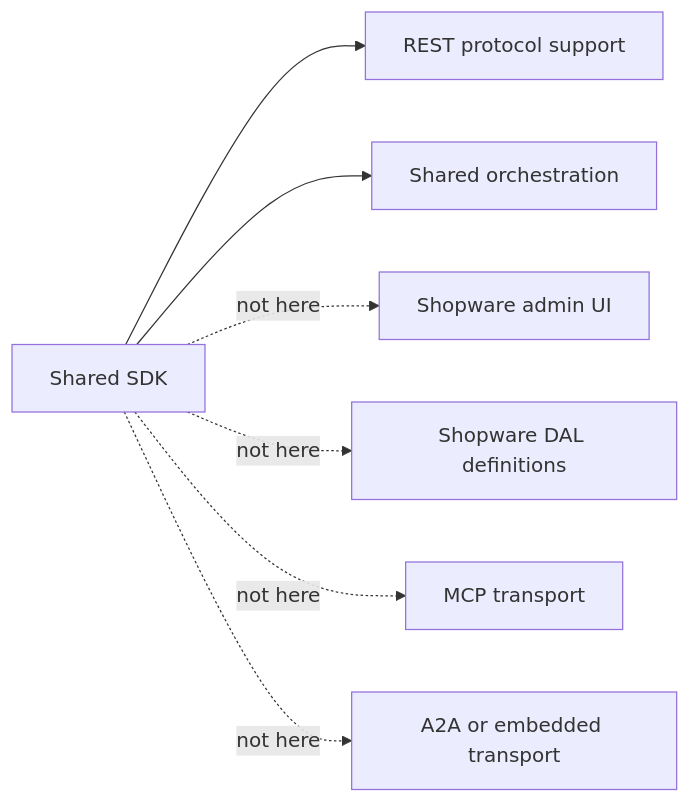
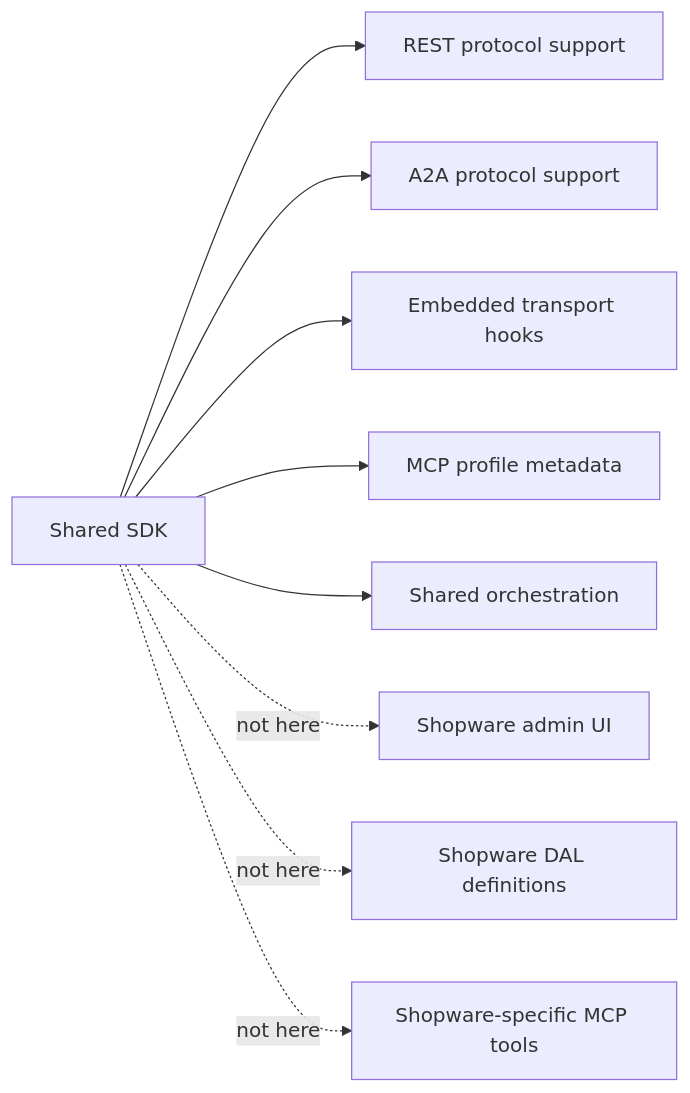
One commit to agentic-commerce-alliance/ucp-php-sdk changed the fifth of 5 diagrams in docs/concepts-and-flows.md. Above: the diagram before and after it, drawn with Mermaid. The commit also changed other lines of this file and 9 other files, not shown here.

````diff
--- a/docs/concepts-and-flows.md
+++ b/docs/concepts-and-flows.md
@@ -86,9 +86,11 @@
 ```mermaid
 flowchart LR
     A["Shared SDK"] --> B["REST protocol support"]
+    A --> F["A2A protocol support"]
+    A --> G["Embedded transport hooks"]
+    A --> H["MCP profile metadata"]
     A --> C["Shared orchestration"]
     A -. not here .-> D["Shopware admin UI"]
     A -. not here .-> E["Shopware DAL definitions"]
-    A -. not here .-> F["MCP transport"]
-    A -. not here .-> G["A2A or embedded transport"]
+    A -. not here .-> I["Shopware-specific MCP tools"]
 ```
````
